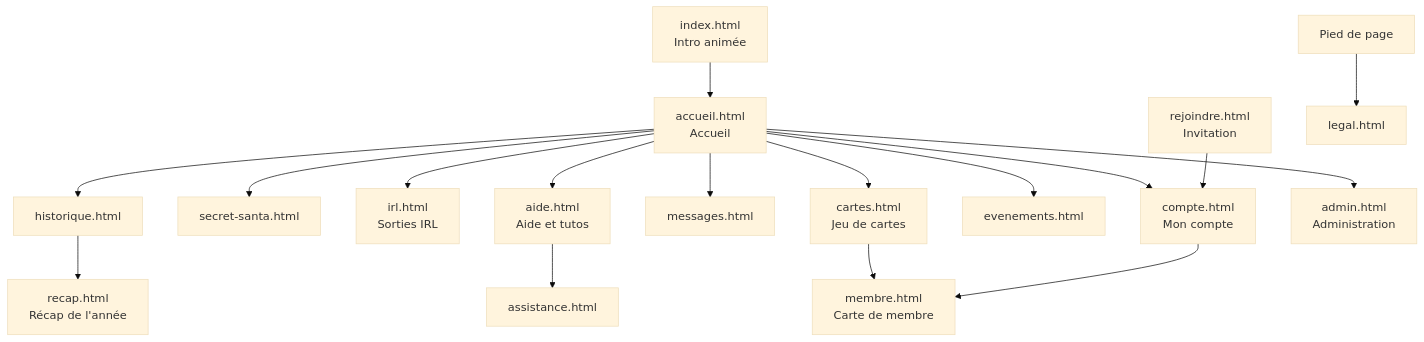
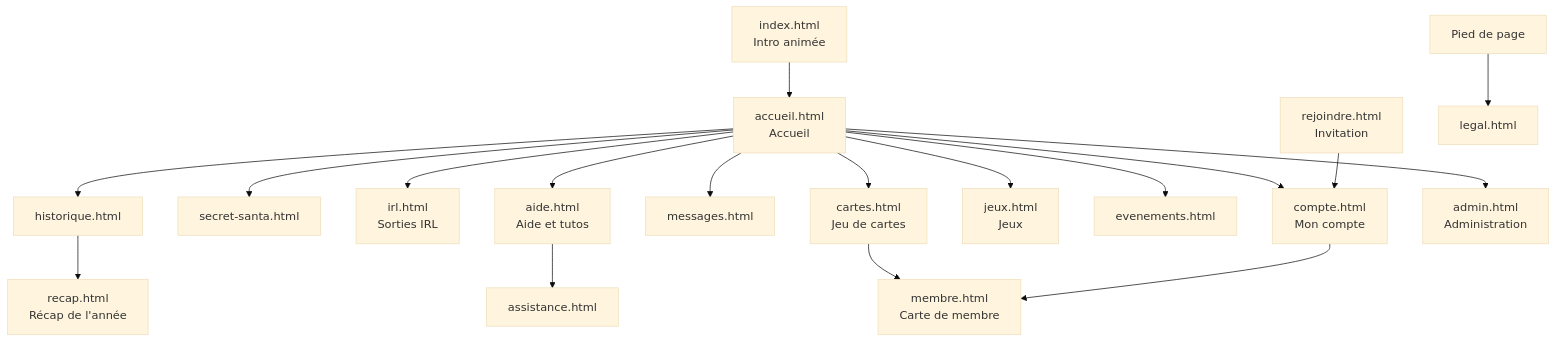
The diagram in PLAN-DU-SITE.md (Domursan/human-gang), drawn with Mermaid (base theme) before and after one commit. The commit also changed other lines of this file and 27 other files, not shown here.

````diff
--- a/PLAN-DU-SITE.md
+++ b/PLAN-DU-SITE.md
@@ -8,19 +8,20 @@
 ```mermaid
 flowchart TD
   I[index.html<br/>Intro animée] --> A[accueil.html<br/>Accueil]
   R[rejoindre.html<br/>Invitation] --> C[compte.html<br/>Mon compte]
   A --> SS[secret-santa.html]
   A --> IRL[irl.html<br/>Sorties IRL]
   A --> H[historique.html]
   A --> M[messages.html]
   A --> CA[cartes.html<br/>Jeu de cartes]
+  A --> JX[jeux.html<br/>Jeux]
   A --> EV[evenements.html]
   A --> AI[aide.html<br/>Aide et tutos]
   AI --> AS[assistance.html]
   A --> C
   C --> ME[membre.html<br/>Carte de membre]
   CA --> ME
   H --> RE[recap.html<br/>Récap de l'année]
   A --> AD[admin.html<br/>Administration]
   F[Pied de page] --> L[legal.html]
 ```
````
